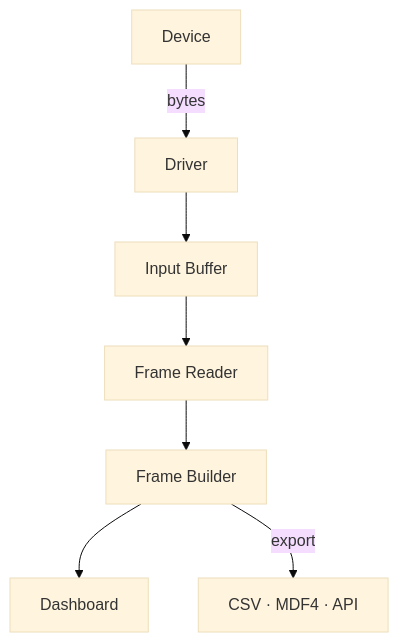
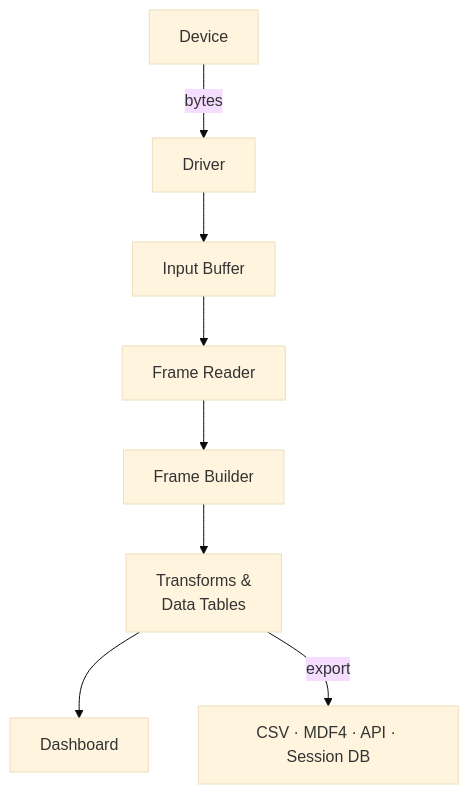
One commit to Serial-Studio/Serial-Studio changed the diagram in doc/help/Data-Flow.md. Above: the diagram before and after it, drawn with Mermaid (base theme). The commit also changed other lines of this file and 7 other files, not shown here.

First line of the commit message:
docs: add Data Tables and Session Database help pages

````diff
--- a/doc/help/Data-Flow.md
+++ b/doc/help/Data-Flow.md
@@ -11,9 +11,10 @@
 ```mermaid
 flowchart TD
     A["Device"] -->|bytes| B["Driver"]
     B --> C["Input Buffer"]
     C --> D["Frame Reader"]
     D --> E["Frame Builder"]
-    E --> F["Dashboard"]
-    E -->|export| G["CSV · MDF4 · API"]
+    E --> T["Transforms &<br/>Data Tables"]
+    T --> F["Dashboard"]
+    T -->|export| G["CSV · MDF4 · API · Session DB"]
 ```
````
